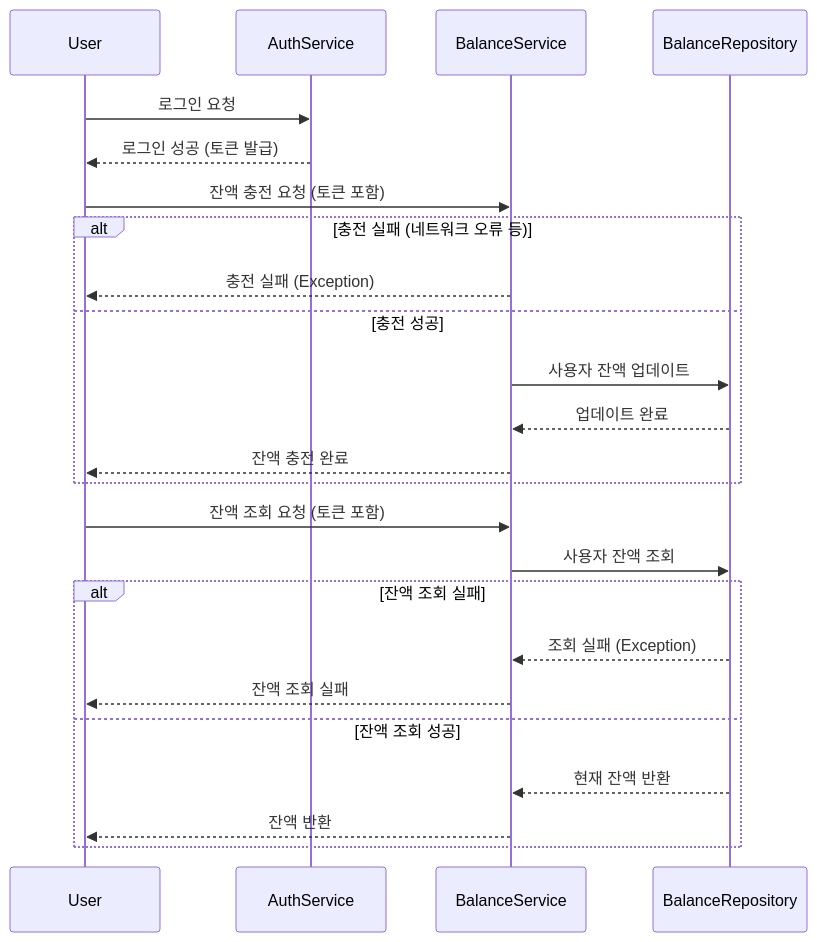
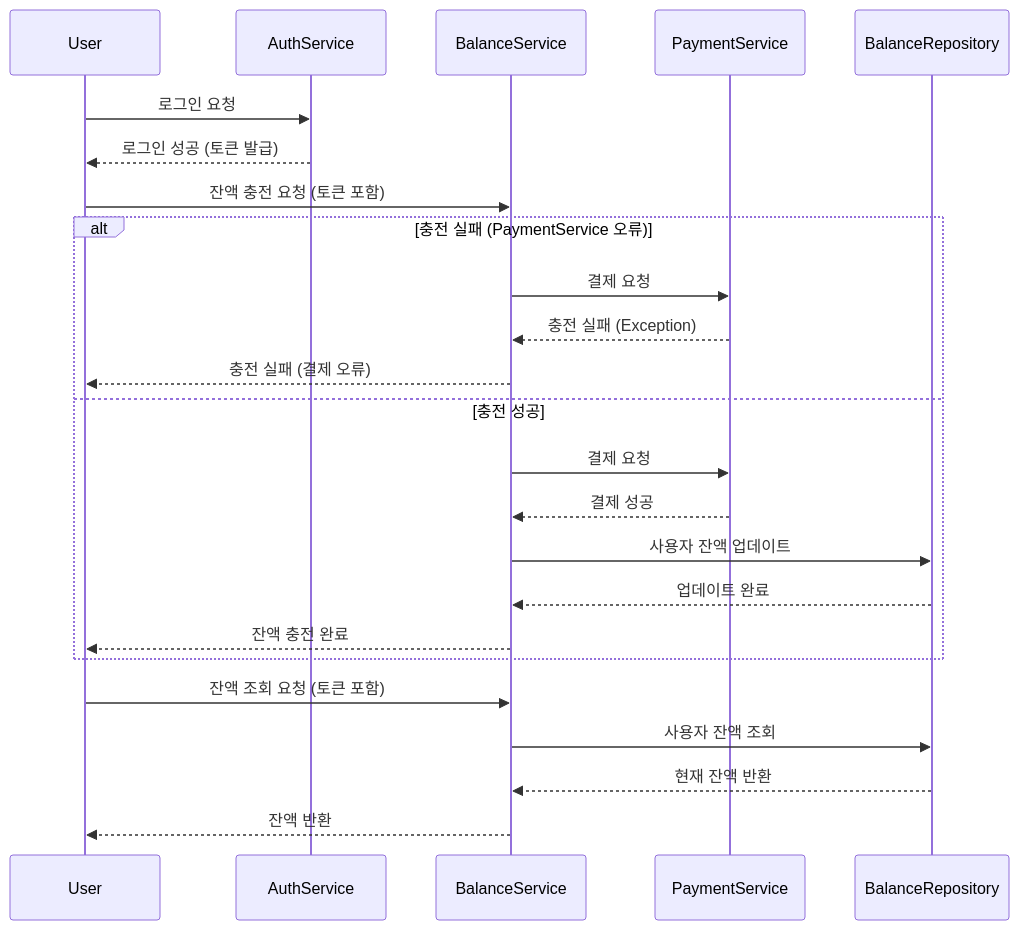
One commit to takoyummy/commerce changed the first of 5 diagrams in README.md. Above: the diagram before and after it, drawn with Mermaid. The commit also changed other lines of this file, not shown here.

Commit message:
docs : 충전 서비스 수정 및 시나리오 대제목 추가

````diff
--- a/README.md
+++ b/README.md
@@ -27,31 +29,31 @@
 ```mermaid
 sequenceDiagram
-participant User
-participant AuthService
-participant BalanceService
-participant BalanceRepository
+    participant User
+    participant AuthService
+    participant BalanceService
+    participant PaymentService
+    participant BalanceRepository
 
     User ->> AuthService: 로그인 요청
     AuthService -->> User: 로그인 성공 (토큰 발급)
 
     User ->> BalanceService: 잔액 충전 요청 (토큰 포함)
-    
-    alt 충전 실패 (네트워크 오류 등)
-        BalanceService -->> User: 충전 실패 (Exception)
+
+    alt 충전 실패 (PaymentService 오류)
+        BalanceService ->> PaymentService: 결제 요청
+        PaymentService -->> BalanceService: 충전 실패 (Exception)
+        BalanceService -->> User: 충전 실패 (결제 오류)
     else 충전 성공
+        BalanceService ->> PaymentService: 결제 요청
+        PaymentService -->> BalanceService: 결제 성공
         BalanceService ->> BalanceRepository: 사용자 잔액 업데이트
         BalanceRepository -->> BalanceService: 업데이트 완료
         BalanceService -->> User: 잔액 충전 완료
     end
 
     User ->> BalanceService: 잔액 조회 요청 (토큰 포함)
     BalanceService ->> BalanceRepository: 사용자 잔액 조회
+    BalanceRepository -->> BalanceService: 현재 잔액 반환
+    BalanceService -->> User: 잔액 반환
 
-    alt 잔액 조회 실패
-        BalanceRepository -->> BalanceService: 조회 실패 (Exception)
-        BalanceService -->> User: 잔액 조회 실패
-    else 잔액 조회 성공
-        BalanceRepository -->> BalanceService: 현재 잔액 반환
-        BalanceService -->> User: 잔액 반환
-    end
 ```
````
